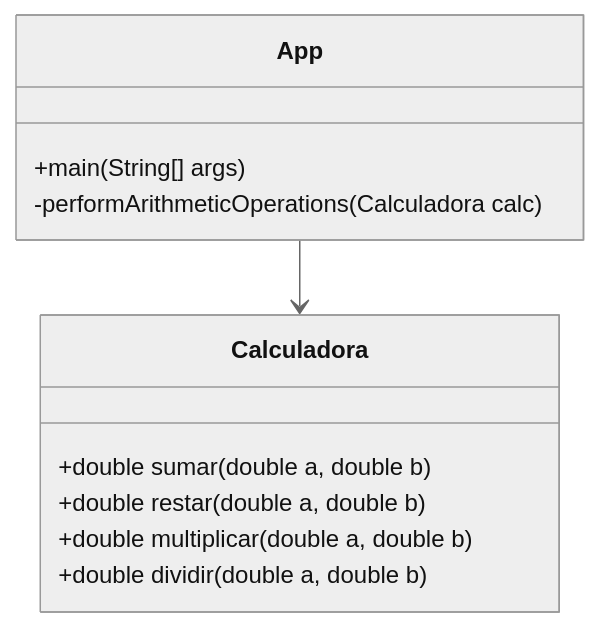
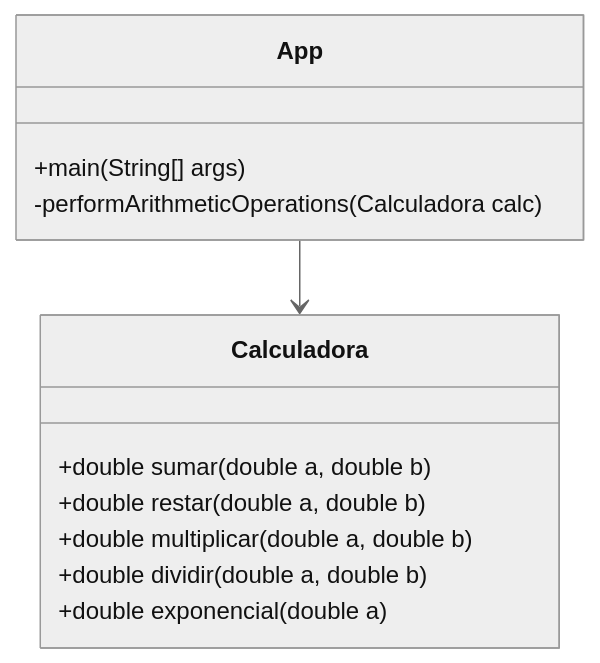
The first of 2 diagrams in mi-proyecto/README.md (ricardo-qm/codespaces-blank), drawn with Mermaid (neutral theme) before and after one commit. The commit also changed other lines of this file and 3 other files, not shown here.

````diff
--- a/mi-proyecto/README.md
+++ b/mi-proyecto/README.md
@@ -36,16 +36,17 @@
 ```mermaid
 classDiagram
     class App {
         +main(String[] args)
         -performArithmeticOperations(Calculadora calc)
     }
 
     class Calculadora {
         +double sumar(double a, double b)
         +double restar(double a, double b)
         +double multiplicar(double a, double b)
         +double dividir(double a, double b)
+        +double exponencial(double a)
     }
 
     App --> Calculadora
 ```
````
